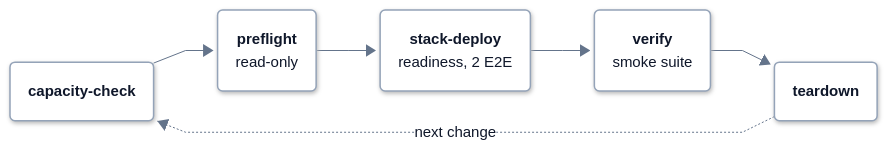
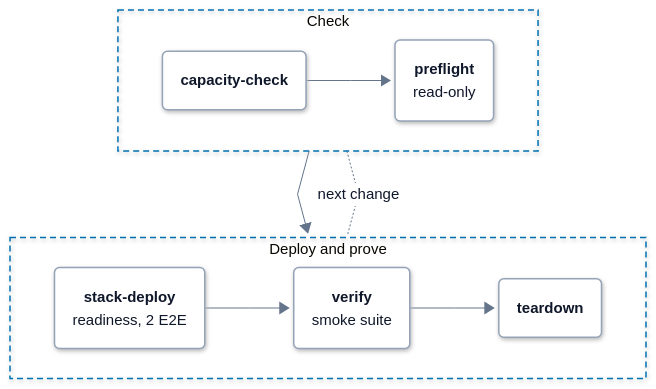
The diagram in docs/testing-cycle.md (hyperi-io/dfe-infra), drawn with Mermaid before and after one commit. The commit also changed 17 other files, not shown here.

First line of the commit message:
docs(architecture): map suite in architecture.md and fit charts to 860 px (#1152)

````diff
--- a/docs/testing-cycle.md
+++ b/docs/testing-cycle.md
@@ -7,72 +7,79 @@
 ```mermaid
 ---
 config:
   theme: base
   look: neo
   fontFamily: Inter, -apple-system, Segoe UI, Roboto, Helvetica, Arial, sans-serif
   flowchart:
     curve: linear
     nodeSpacing: 40
     rankSpacing: 64
     padding: 18
     wrappingWidth: 280
     htmlLabels: true
   elk:
     preset: modelOrder
   themeVariables:
     fontSize: 15px
     lineColor: "#64748B"
     primaryTextColor: "#0F172A"
     clusterBorder: "#0072B2"
     edgeLabelBackground: "#FFFFFF"
   themeCSS: >-
     p{margin:0}
     .node[data-look] rect,.node[data-look] path,.node[data-look] polygon,.node[data-look] .outer-path{filter:drop-shadow(0 1px 2px rgba(15,23,42,.10)) drop-shadow(0 6px 14px rgba(15,23,42,.10))}
     .node rect{rx:10px;ry:10px}
     .cluster rect{rx:16px;ry:16px}
     .node .label div{min-width:150px}
     .node.decision .label div{min-width:0}
     .cluster[data-look] rect{filter:none}
     .nodeLabel{line-height:1.35}
     .nodeLabel b{font-weight:600;font-size:15px;letter-spacing:-0.01em}
     .nodeLabel span{font-size:12.5px;font-weight:400;color:#334155}
     .cluster-label span.nodeLabel{display:inline-block;background:#FFFFFF;color:#0B2A3F;border:1.5px solid #0072B2;border-radius:999px;padding:2px 12px;font-size:11.5px;font-weight:700;letter-spacing:.09em;text-transform:uppercase}
     .flowchart-link{stroke-width:1.75px}
     .labelBkg{background:transparent!important}
     span.edgeLabel{display:inline-block;background:#FFFFFF!important;color:#1E293B;border:1px solid #94A3B8;border-radius:999px;padding:2px 10px;font-size:12px;font-weight:500}
     span.edgeLabel p{background:transparent!important}
     .label-icon{width:20px;height:20px;vertical-align:-4px;margin-right:6px}
     .ingest .label-icon{color:#0E8A7D}
     .xform .label-icon{color:#7B4FB0}
     .load .label-icon{color:#0072B2}
     .bus .label-icon{color:#A8517F}
     .store .label-icon{color:#00785A}
     .ui .label-icon{color:#D9480F}
     .ext .label-icon{color:#64748B}
 ---
-flowchart LR
+flowchart TB
     accTitle: L4 Detail -- The validation cycle
     accDescr: capacity-check asks whether the lane may start, preflight checks the cluster read-only, stack-deploy bootstraps and syncs the stack and runs the readiness gate and two E2E tests, verify runs the smoke suite, and teardown destroys it. The cycle repeats per change.
-
-    capacity("<b>capacity-check</b>")
-    preflight("<b>preflight</b><br/><span>read-only</span>")
-    deploy("<b>stack-deploy</b><br/><span>readiness, 2 E2E</span>")
-    verify("<b>verify</b><br/><span>smoke suite</span>")
-    teardown("<b>teardown</b>")
-
-    capacity --> preflight --> deploy --> verify --> teardown
-    teardown -.->|next change| capacity
-
+    subgraph check["Check"]
+        direction LR
+        capacity("<b>capacity-check</b>")
+        preflight("<b>preflight</b><br/><span>read-only</span>")
+        capacity --> preflight
+    end
+    subgraph prove["Deploy and prove"]
+        direction LR
+        deploy("<b>stack-deploy</b><br/><span>readiness, 2 E2E</span>")
+        verify("<b>verify</b><br/><span>smoke suite</span>")
+        teardown("<b>teardown</b>")
+        deploy --> verify --> teardown
+    end
+    check --> prove
+    check <-.-|next change| prove
     class capacity,preflight,deploy,verify,teardown part
   classDef ext fill:#F4F6F8,stroke:#94A3B8,stroke-width:1.5px,stroke-dasharray:5 4,color:#0F172A
   classDef ingest fill:#FFFFFF,stroke:#0E8A7D,stroke-width:3px,color:#0F172A
   classDef xform fill:#FFFFFF,stroke:#7B4FB0,stroke-width:3px,color:#0F172A
   classDef load fill:#FFFFFF,stroke:#0072B2,stroke-width:3px,color:#0F172A
   classDef bus fill:#FFFFFF,stroke:#A8517F,stroke-width:3px,color:#0F172A
   classDef store fill:#FFFFFF,stroke:#00785A,stroke-width:3px,color:#0F172A
   classDef ui fill:#FFFFFF,stroke:#D9480F,stroke-width:3px,color:#0F172A
   classDef decision fill:#FFFFFF,stroke:#9A6700,stroke-width:3px,color:#0F172A
   classDef error fill:#FFFFFF,stroke:#C2410C,stroke-width:3px,color:#0F172A
   classDef control fill:#FFFFFF,stroke:#334155,stroke-width:3px,color:#0F172A
   classDef part fill:#FFFFFF,stroke:#94A3B8,stroke-width:1.5px,color:#0F172A
+  style check fill:none,stroke:#0072B2,stroke-width:1.5px,stroke-dasharray:6 4
+  style prove fill:none,stroke:#0072B2,stroke-width:1.5px,stroke-dasharray:6 4
 ```
````
